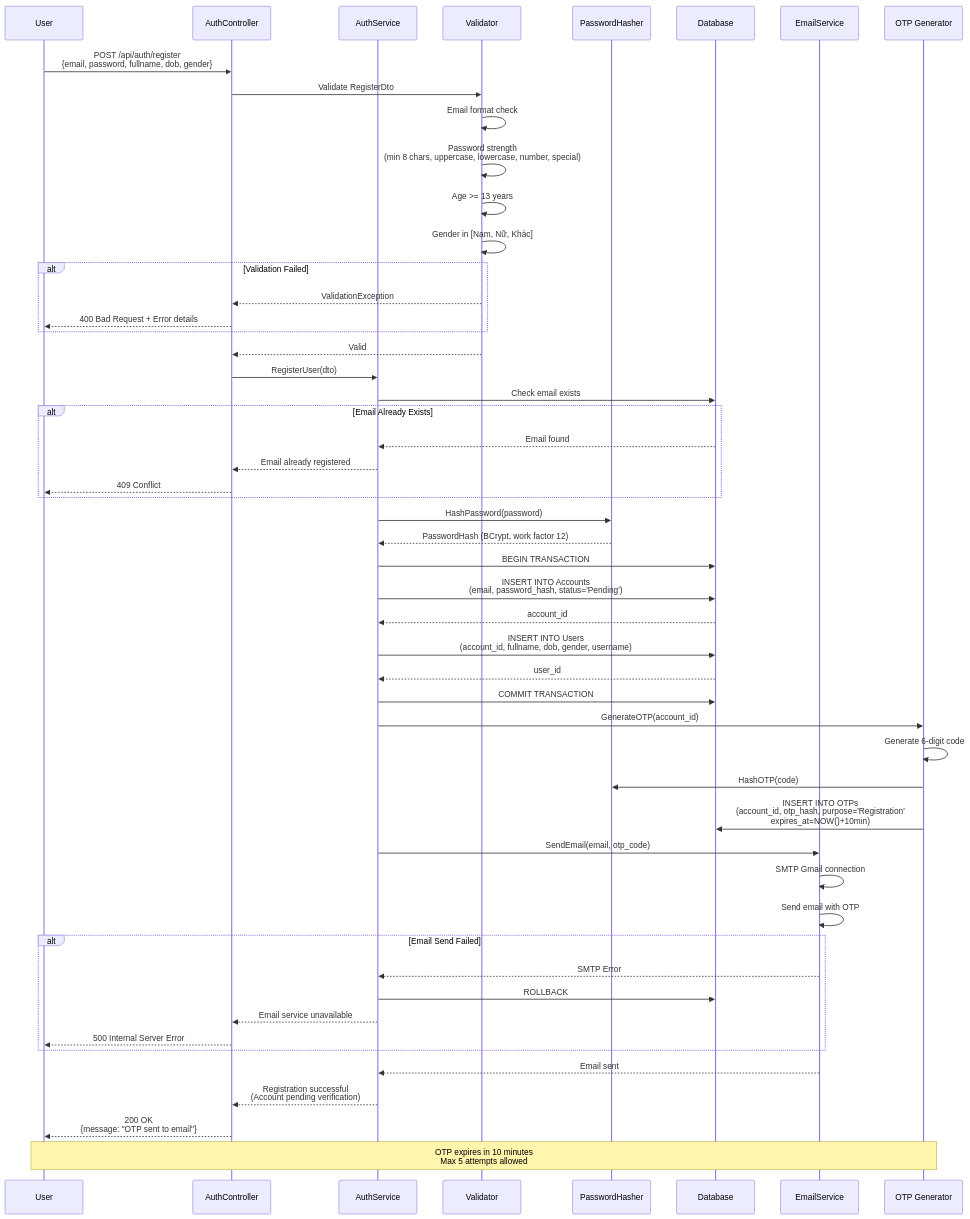
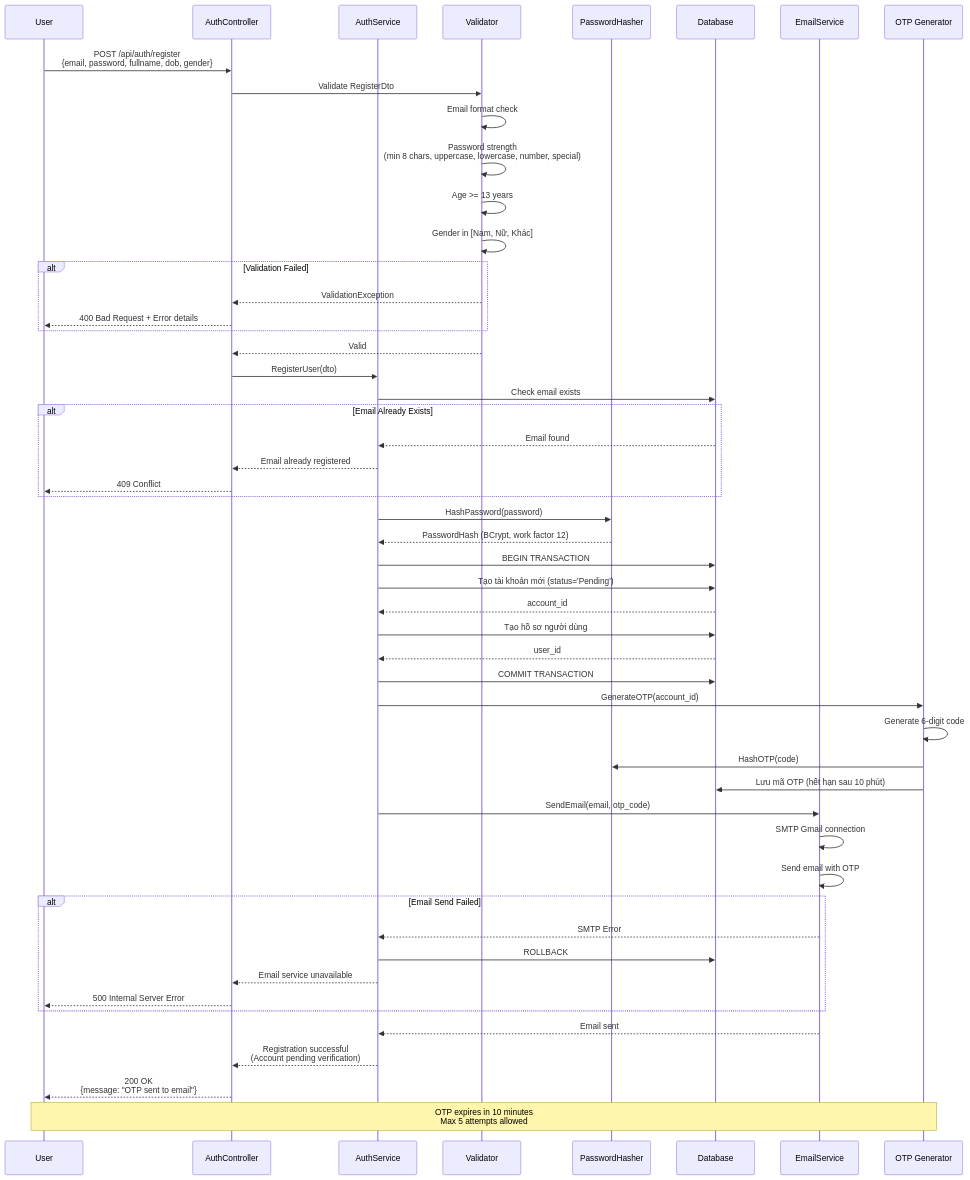
The fourth of 49 diagrams in README.md (TranHoang2k40525/UngDungMangXaHoi), drawn with Mermaid before and after one commit. The commit also changed other lines of this file, not shown here.

````diff
--- a/README.md
+++ b/README.md
@@ -1237,65 +1237,65 @@
 ```mermaid
 sequenceDiagram
     participant U as User
     participant API as AuthController
     participant S as AuthService
     participant V as Validator
     participant H as PasswordHasher
     participant DB as Database
     participant E as EmailService
     participant OTP as OTP Generator
     
     U->>API: POST /api/auth/register<br/>{email, password, fullname, dob, gender}
     API->>V: Validate RegisterDto
     V->>V: Email format check
     V->>V: Password strength<br/>(min 8 chars, uppercase, lowercase, number, special)
     V->>V: Age >= 13 years
     V->>V: Gender in [Nam, Nữ, Khác]
     
     alt Validation Failed
         V-->>API: ValidationException
         API-->>U: 400 Bad Request + Error details
     end
     
     V-->>API: Valid
     API->>S: RegisterUser(dto)
     S->>DB: Check email exists
     
     alt Email Already Exists
         DB-->>S: Email found
         S-->>API: Email already registered
         API-->>U: 409 Conflict
     end
     
     S->>H: HashPassword(password)
     H-->>S: PasswordHash (BCrypt, work factor 12)
     
     S->>DB: BEGIN TRANSACTION
-    S->>DB: INSERT INTO Accounts<br/>(email, password_hash, status='Pending')
+    S->>DB: Tạo tài khoản mới (status='Pending')
     DB-->>S: account_id
-    S->>DB: INSERT INTO Users<br/>(account_id, fullname, dob, gender, username)
+    S->>DB: Tạo hồ sơ người dùng
     DB-->>S: user_id
     S->>DB: COMMIT TRANSACTION
     
     S->>OTP: GenerateOTP(account_id)
     OTP->>OTP: Generate 6-digit code
     OTP->>H: HashOTP(code)
-    OTP->>DB: INSERT INTO OTPs<br/>(account_id, otp_hash, purpose='Registration'<br/>expires_at=NOW()+10min)
+    OTP->>DB: Lưu mã OTP (hết hạn sau 10 phút)
     
     S->>E: SendEmail(email, otp_code)
     E->>E: SMTP Gmail connection
     E->>E: Send email with OTP
     
     alt Email Send Failed
         E-->>S: SMTP Error
         S->>DB: ROLLBACK
         S-->>API: Email service unavailable
         API-->>U: 500 Internal Server Error
     end
     
     E-->>S: Email sent
     S-->>API: Registration successful<br/>(Account pending verification)
     API-->>U: 200 OK<br/>{message: "OTP sent to email"}
     
     Note over U,OTP: OTP expires in 10 minutes<br/>Max 5 attempts allowed
 ```
````
